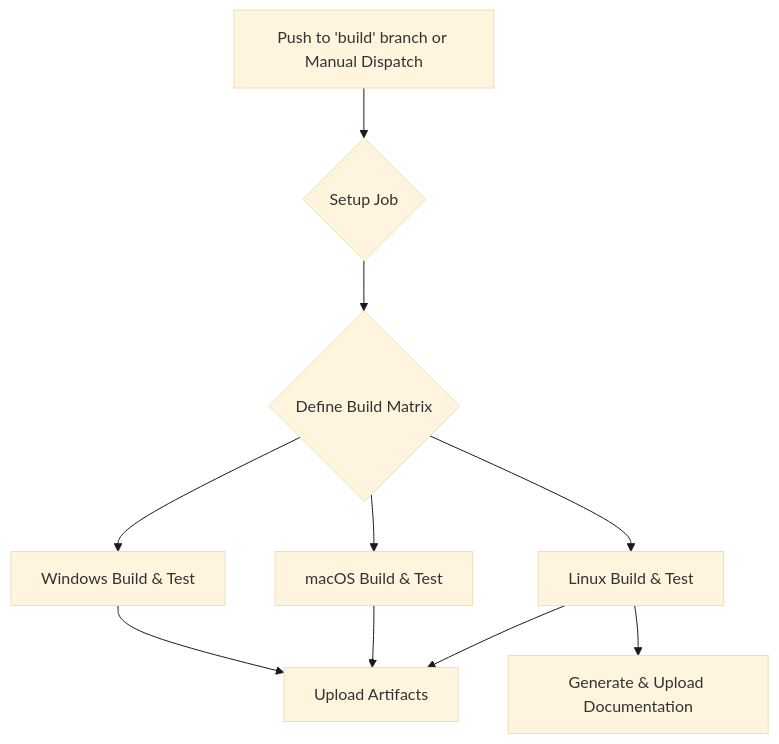
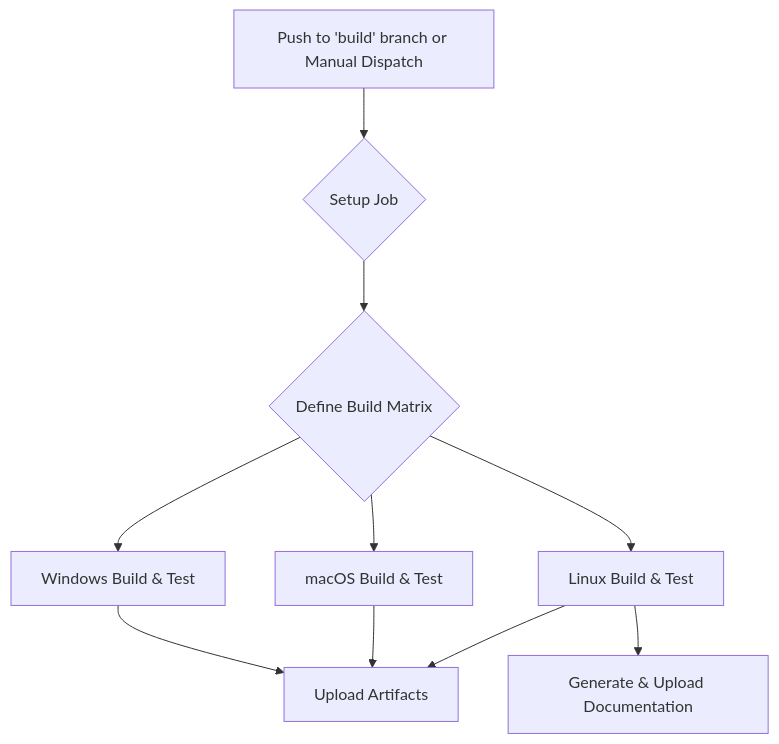
The fourth of 7 diagrams in docs/30-architecture.md (blessia-blessini/lattice), drawn with Mermaid before and after one commit. The commit also changed 9 other files, not shown here.

First line of the commit message:
Hard-coded Mermaid default theme,which an be overwritten inside the code

````diff
--- a/docs/30-architecture.md
+++ b/docs/30-architecture.md
@@ -289,22 +291,14 @@
 ```mermaid
-%%{init: {'theme': 'base', 'themeVariables': {
-  'signalColor':     '#1a1a1a',
-  'signalTextColor': '#1a1a1a',
-  'lineColor':       '#1a1a1a',
-  'actorLineColor':  '#1a1a1a',
-  'fontSize':        '16px'
-}}}%%
-
 graph TD
     A[Push to 'build' branch or Manual Dispatch] --> B{Setup Job};
     B --> C{Define Build Matrix};
     C --> D1[Windows Build & Test];
     C --> D2[macOS Build & Test];
     C --> D3[Linux Build & Test];
     
     D1 --> E[Upload Artifacts];
     D2 --> E[Upload Artifacts];
     D3 --> E[Upload Artifacts];
 
     D3 --> F[Generate & Upload Documentation];
 ```
````
